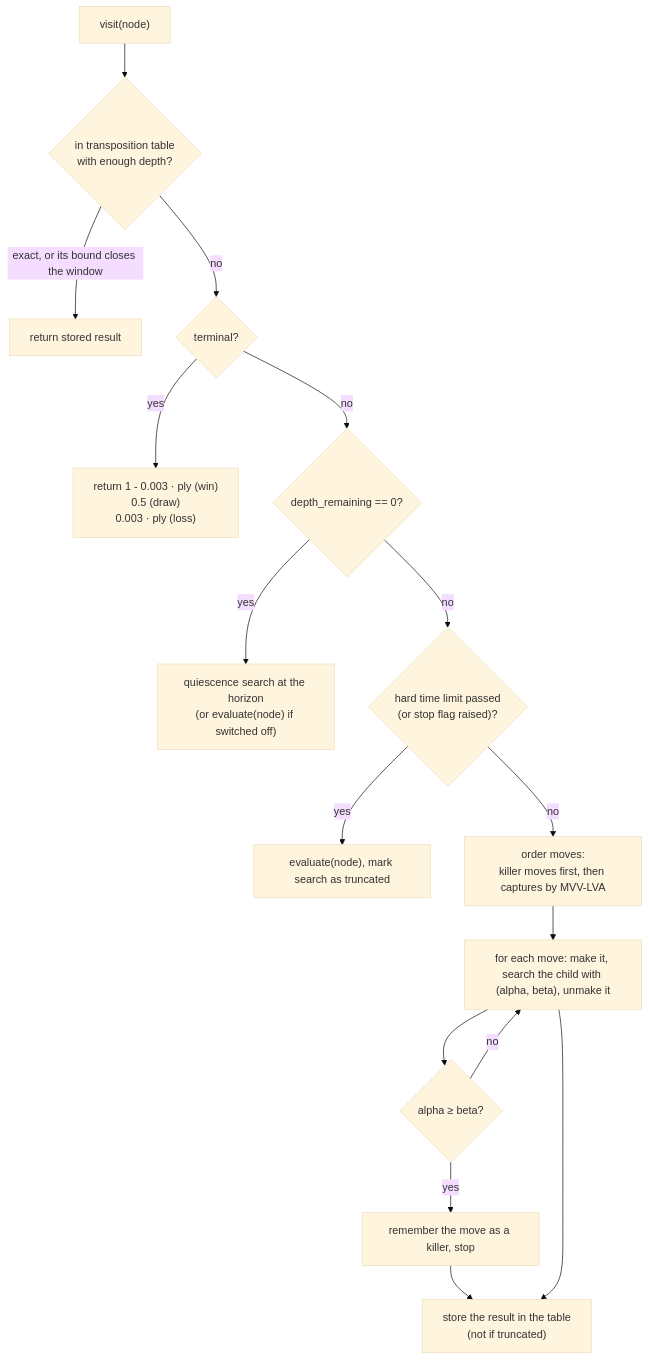
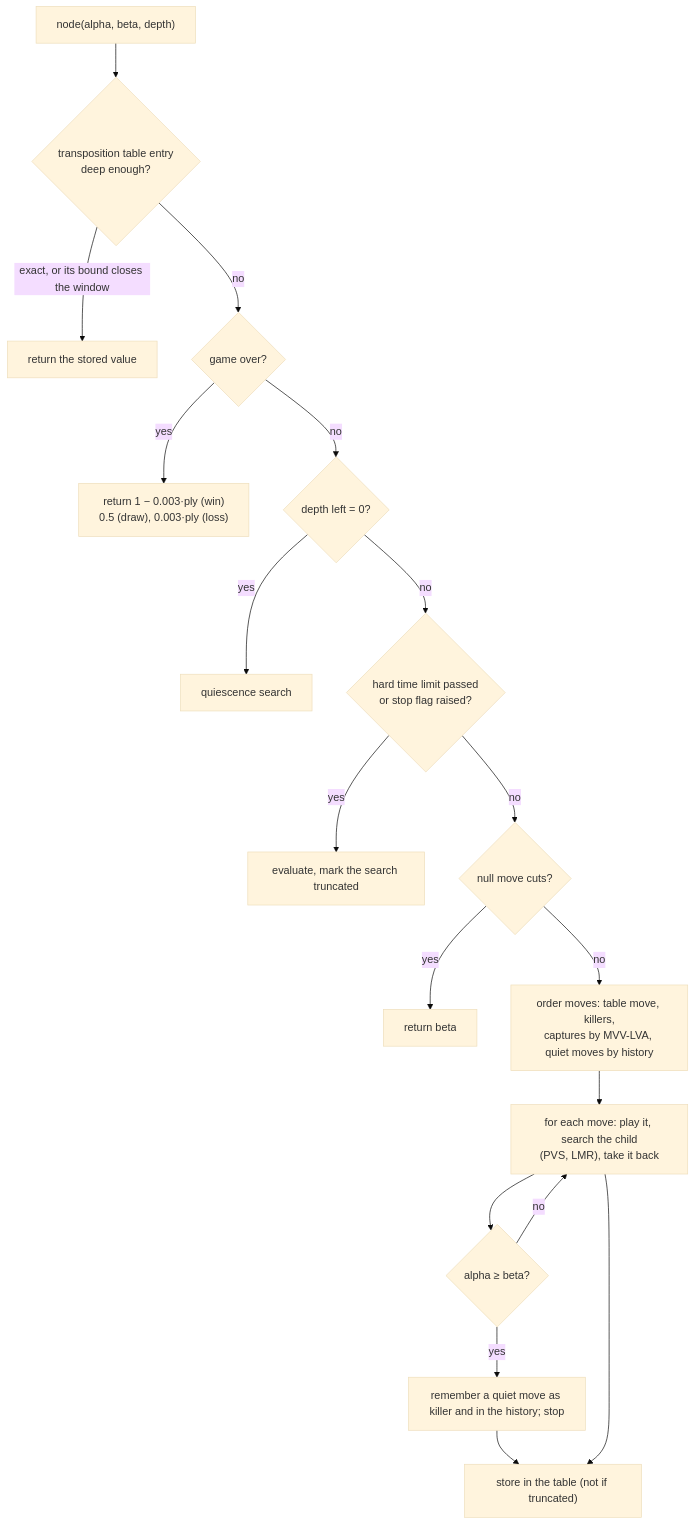
Before and after one commit to JoaquinDeVA/chess-ai-engine: the diagram in docs/SEARCH.md, drawn with Mermaid (base theme). The commit also changed other lines of this file and 37 other files, not shown here.

Commit message:
docs: rewrite every technique page with the six-section template, worked examples and light/dark diagrams

````diff
--- a/docs/SEARCH.md
+++ b/docs/SEARCH.md
@@ -42,18 +69,20 @@
 ```mermaid
 flowchart TD
-    N["visit(node)"] --> T{"in transposition table<br/>with enough depth?"}
-    T -- "exact, or its bound closes the window" --> R1["return stored result"]
-    T -- no --> X{"terminal?"}
-    X -- yes --> R2["return 1 - 0.003 · ply (win)<br/>0.5 (draw)<br/>0.003 · ply (loss)"]
-    X -- no --> D{"depth_remaining == 0?"}
-    D -- yes --> Q["quiescence search at the horizon<br/>(or evaluate(node) if switched off)"]
-    D -- no --> C{"hard time limit passed<br/>(or stop flag raised)?"}
-    C -- "yes" --> R4["evaluate(node), mark search as truncated"]
-    C -- no --> O["order moves:<br/>killer moves first, then captures by MVV-LVA"]
-    O --> L["for each move: make it, search the child with (alpha, beta), unmake it"]
+    N["node(alpha, beta, depth)"] --> T{"transposition table entry<br/>deep enough?"}
+    T -- "exact, or its bound closes the window" --> R1["return the stored value"]
+    T -- no --> X{"game over?"}
+    X -- yes --> R2["return 1 − 0.003·ply (win)<br/>0.5 (draw), 0.003·ply (loss)"]
+    X -- no --> D{"depth left = 0?"}
+    D -- yes --> Q["quiescence search"]
+    D -- no --> C{"hard time limit passed<br/>or stop flag raised?"}
+    C -- yes --> R4["evaluate, mark the search truncated"]
+    C -- no --> NM{"null move cuts?"}
+    NM -- yes --> R5["return beta"]
+    NM -- no --> O["order moves: table move, killers,<br/>captures by MVV-LVA, quiet moves by history"]
+    O --> L["for each move: play it, search the child<br/>(PVS, LMR), take it back"]
     L --> P{"alpha ≥ beta?"}
-    P -- yes --> K["remember the move as a killer, stop"]
+    P -- yes --> K["remember a quiet move as killer and in the history; stop"]
     P -- no --> L
-    K --> S["store the result in the table<br/>(not if truncated)"]
+    K --> S["store in the table (not if truncated)"]
     L --> S
 ```
````
